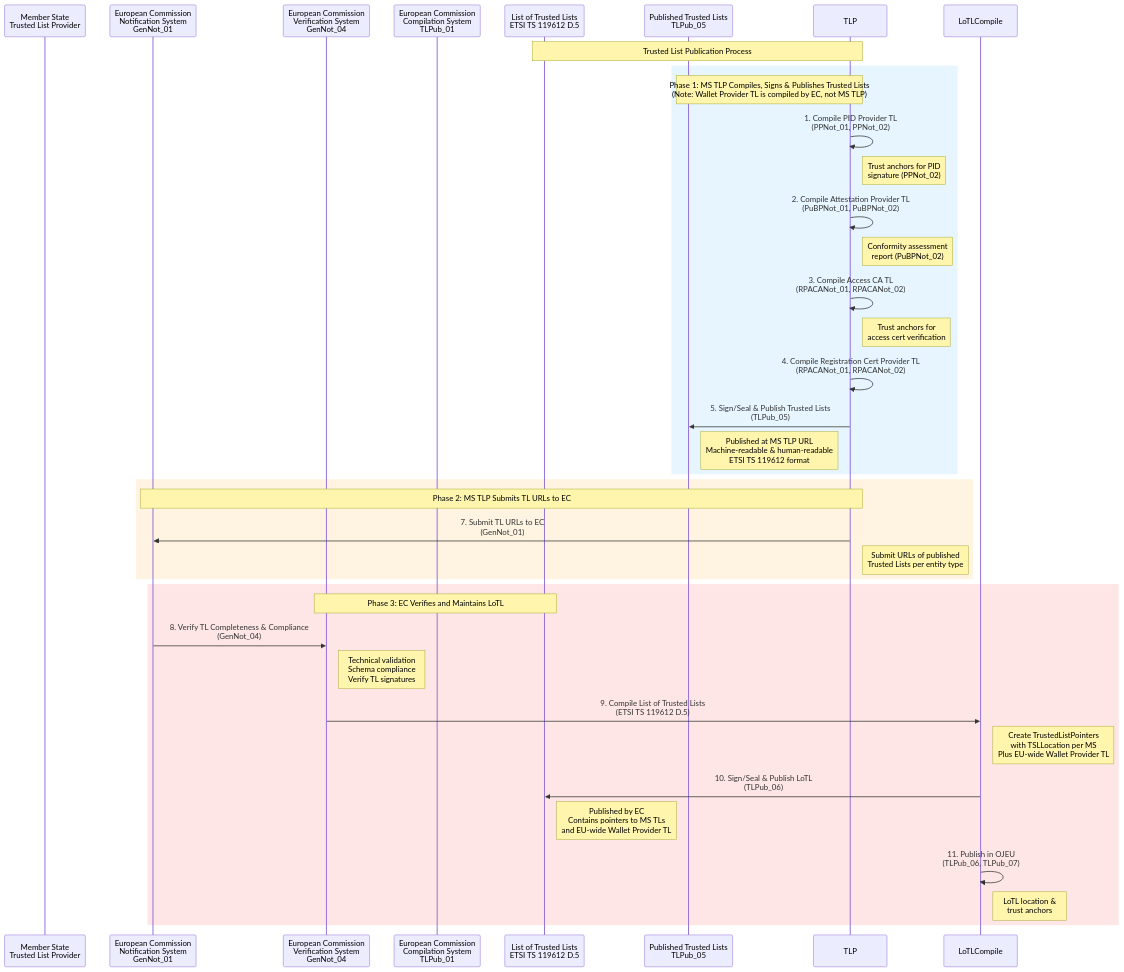
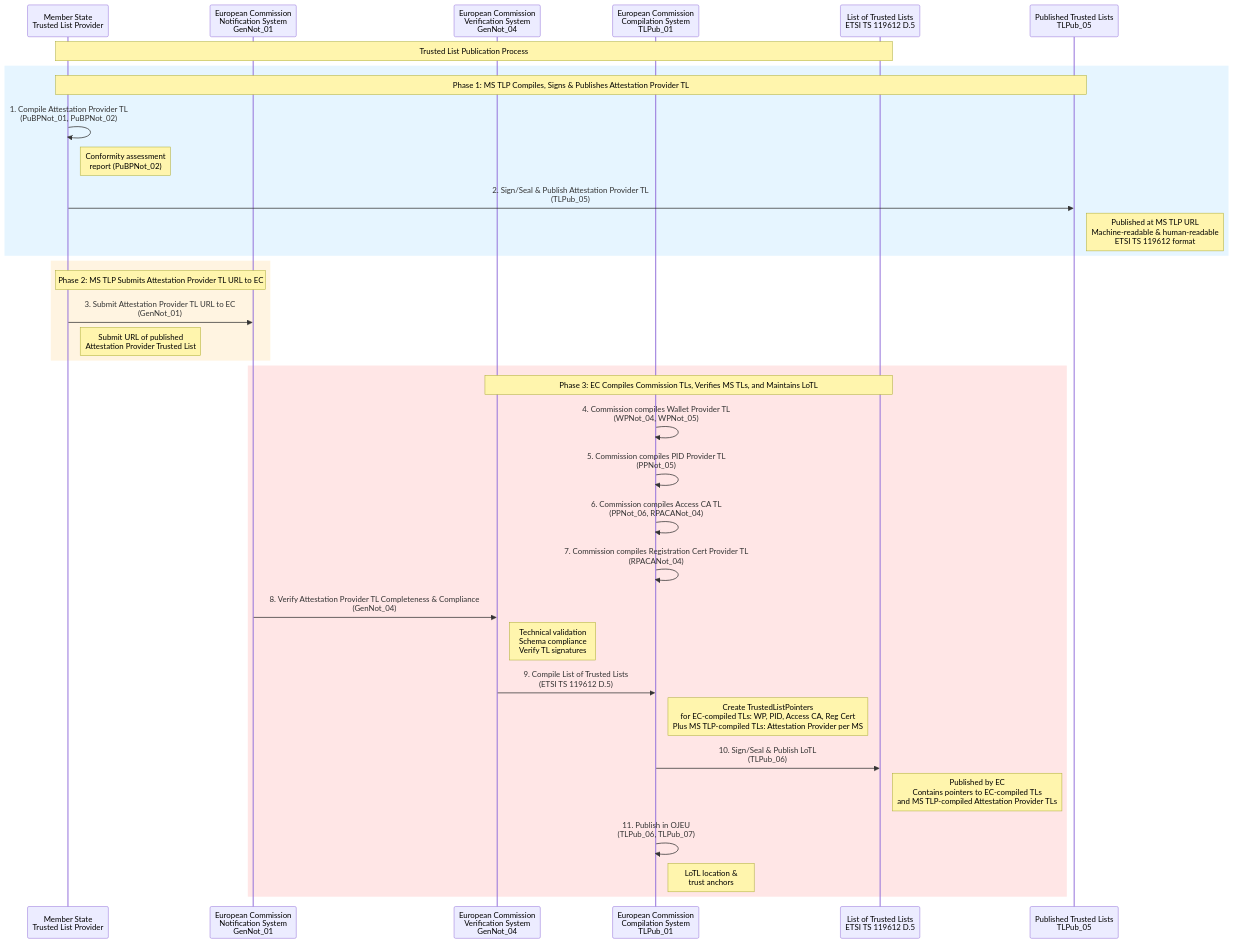
The fourth of 7 diagrams in task2-trust-framework/trust-infrastructure-schema.md (webuild-consortium/wp4-trust-group), drawn with Mermaid before and after one commit. The commit also changed other lines of this file, not shown here.

Commit message:
fix: trust infra about potential ambiguities, improved interpretations

````diff
--- a/task2-trust-framework/trust-infrastructure-schema.md
+++ b/task2-trust-framework/trust-infrastructure-schema.md
@@ -451,49 +461,46 @@
 ```mermaid
 sequenceDiagram
     participant MS as Member State<br/>Trusted List Provider
     participant ECNotify as European Commission<br/>Notification System<br/>GenNot_01
     participant ECVerify as European Commission<br/>Verification System<br/>GenNot_04
     participant ECCompile as European Commission<br/>Compilation System<br/>TLPub_01
     participant LoTL as List of Trusted Lists<br/>ETSI TS 119612 D.5
     participant TL as Published Trusted Lists<br/>TLPub_05
 
-    Note over TLP,LoTL: Trusted List Publication Process
+    Note over MS,LoTL: Trusted List Publication Process
 
     rect rgb(230, 245, 255)
-        Note over TLP,TL: Phase 1: MS TLP Compiles, Signs & Publishes Trusted Lists<br/>(Note: Wallet Provider TL is compiled by EC, not MS TLP)
-        TLP->>TLP: 1. Compile PID Provider TL<br/>(PPNot_01, PPNot_02)
-        Note right of TLP: Trust anchors for PID<br/>signature (PPNot_02)
+        Note over MS,TL: Phase 1: MS TLP Compiles, Signs & Publishes Attestation Provider TL
+        MS->>MS: 1. Compile Attestation Provider TL<br/>(PuBPNot_01, PuBPNot_02)
+        Note right of MS: Conformity assessment<br/>report (PuBPNot_02)
         
-        TLP->>TLP: 2. Compile Attestation Provider TL<br/>(PuBPNot_01, PuBPNot_02)
-        Note right of TLP: Conformity assessment<br/>report (PuBPNot_02)
-        
-        TLP->>TLP: 3. Compile Access CA TL<br/>(RPACANot_01, RPACANot_02)
-        Note right of TLP: Trust anchors for<br/>access cert verification
-        
-        TLP->>TLP: 4. Compile Registration Cert Provider TL<br/>(RPACANot_01, RPACANot_02)
-        
-        TLP->>TL: 5. Sign/Seal & Publish Trusted Lists<br/>(TLPub_05)
+        MS->>TL: 2. Sign/Seal & Publish Attestation Provider TL<br/>(TLPub_05)
         Note right of TL: Published at MS TLP URL<br/>Machine-readable & human-readable<br/>ETSI TS 119612 format
     end
 
     rect rgb(255, 244, 225)
-        Note over TLP,ECNotify: Phase 2: MS TLP Submits TL URLs to EC
-        TLP->>ECNotify: 7. Submit TL URLs to EC<br/>(GenNot_01)
-        Note right of TLP: Submit URLs of published<br/>Trusted Lists per entity type
+        Note over MS,ECNotify: Phase 2: MS TLP Submits Attestation Provider TL URL to EC
+        MS->>ECNotify: 3. Submit Attestation Provider TL URL to EC<br/>(GenNot_01)
+        Note right of MS: Submit URL of published<br/>Attestation Provider Trusted List
     end
 
     rect rgb(255, 230, 230)
-        Note over ECVerify,LoTL: Phase 3: EC Verifies and Maintains LoTL
-        ECNotify->>ECVerify: 8. Verify TL Completeness & Compliance<br/>(GenNot_04)
+        Note over ECVerify,LoTL: Phase 3: EC Compiles Commission TLs, Verifies MS TLs, and Maintains LoTL
+        ECCompile->>ECCompile: 4. Commission compiles Wallet Provider TL<br/>(WPNot_04, WPNot_05)
+        ECCompile->>ECCompile: 5. Commission compiles PID Provider TL<br/>(PPNot_05)
+        ECCompile->>ECCompile: 6. Commission compiles Access CA TL<br/>(PPNot_06, RPACANot_04)
+        ECCompile->>ECCompile: 7. Commission compiles Registration Cert Provider TL<br/>(RPACANot_04)
+        
+        ECNotify->>ECVerify: 8. Verify Attestation Provider TL Completeness & Compliance<br/>(GenNot_04)
         Note right of ECVerify: Technical validation<br/>Schema compliance<br/>Verify TL signatures
         
-        ECVerify->>LoTLCompile: 9. Compile List of Trusted Lists<br/>(ETSI TS 119612 D.5)
-        Note right of LoTLCompile: Create TrustedListPointers<br/>with TSLLocation per MS<br/>Plus EU-wide Wallet Provider TL
+        ECVerify->>ECCompile: 9. Compile List of Trusted Lists<br/>(ETSI TS 119612 D.5)
+        Note right of ECCompile: Create TrustedListPointers<br/>for EC-compiled TLs: WP, PID, Access CA, Reg Cert<br/>Plus MS TLP-compiled TLs: Attestation Provider per MS
         
-        LoTLCompile->>LoTL: 10. Sign/Seal & Publish LoTL<br/>(TLPub_06)
-        Note right of LoTL: Published by EC<br/>Contains pointers to MS TLs<br/>and EU-wide Wallet Provider TL
+        ECCompile->>LoTL: 10. Sign/Seal & Publish LoTL<br/>(TLPub_06)
+        Note right of LoTL: Published by EC<br/>Contains pointers to EC-compiled TLs<br/>and MS TLP-compiled Attestation Provider TLs
         
-        LoTLCompile->>LoTLCompile: 11. Publish in OJEU<br/>(TLPub_06, TLPub_07)
-        Note right of LoTLCompile: LoTL location &<br/>trust anchors
+        ECCompile->>ECCompile: 11. Publish in OJEU<br/>(TLPub_06, TLPub_07)
+        Note right of ECCompile: LoTL location &<br/>trust anchors
     end
 ```
````
